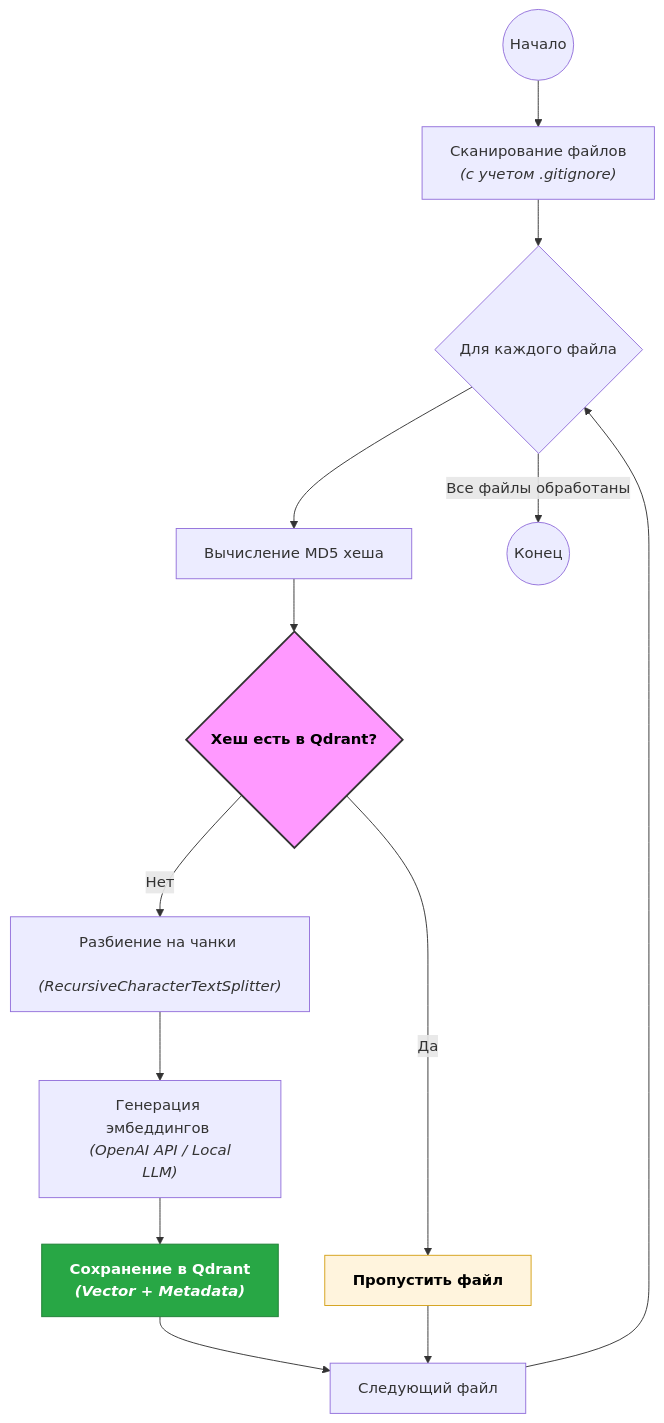
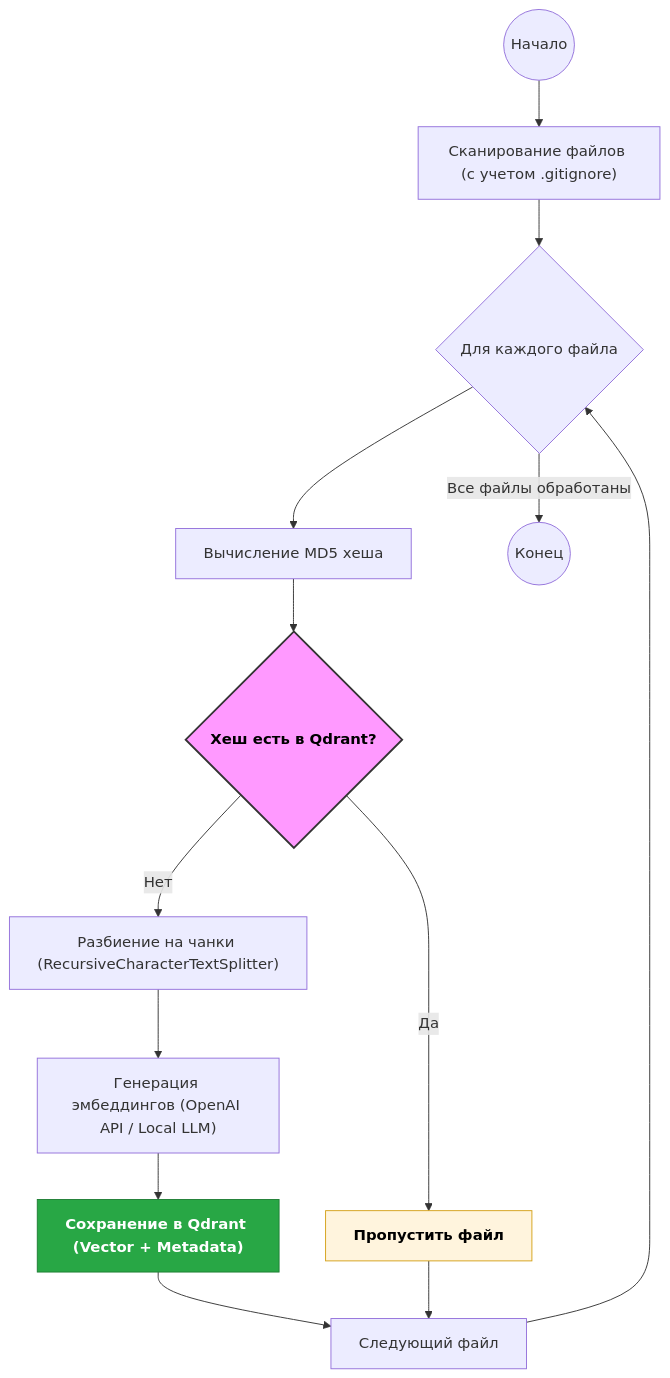
Before and after one commit to oimatewtfff/Ingestion-Script: the diagram in README.md, drawn with Mermaid.

````diff
--- a/README.md
+++ b/README.md
@@ -184,23 +184,23 @@
 ```mermaid
 graph TD
-    Start((Начало)) --> Scan["Сканирование файлов <br/> <i>(с учетом .gitignore)</i>"]
+    Start((Начало)) --> Scan["Сканирование файлов (с учетом .gitignore)"]
     Scan --> Loop{"Для каждого файла"}
     
     Loop --> Hash["Вычисление MD5 хеша"]
     Hash --> Check{"Хеш есть в Qdrant?"}
     
     Check -- Да --> Skip["Пропустить файл"]
-    Check -- Нет --> Split["Разбиение на чанки <br/> <i>(RecursiveCharacterTextSplitter)</i>"]
+    Check -- Нет --> Split["Разбиение на чанки (RecursiveCharacterTextSplitter)"]
     
-    Split --> Embed["Генерация эмбеддингов <br/> <i>(OpenAI API / Local LLM)</i>"]
-    Embed --> Upsert["Сохранение в Qdrant <br/> <i>(Vector + Metadata)</i>"]
+    Split --> Embed["Генерация эмбеддингов (OpenAI API / Local LLM)"]
+    Embed --> Upsert["Сохранение в Qdrant (Vector + Metadata)"]
     
     Upsert --> Next["Следующий файл"]
     Skip --> Next
     Next --> Loop
     Loop -- Все файлы обработаны --> End((Конец))
 
     style Check fill:#f9f,stroke:#333,stroke-width:2px,color:#000,font-weight:bold
     style Skip fill:#fff4dd,stroke:#d4a017,color:#000,font-weight:bold
     style Upsert fill:#28a745,stroke:#1e7e34,color:#fff,font-weight:bold
 ```
````
